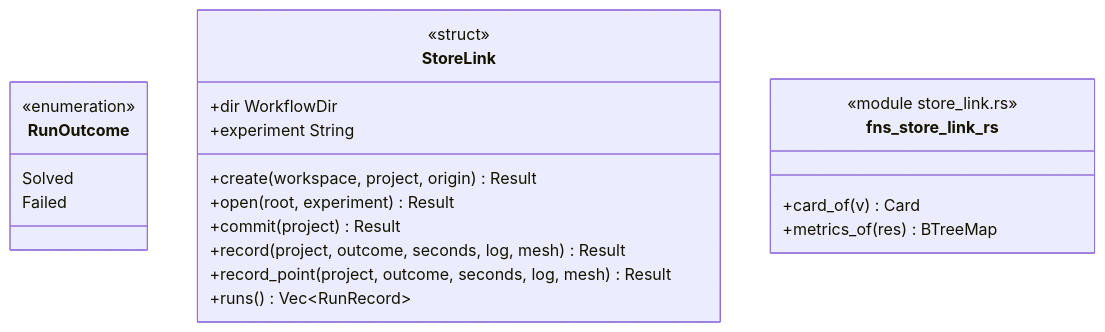
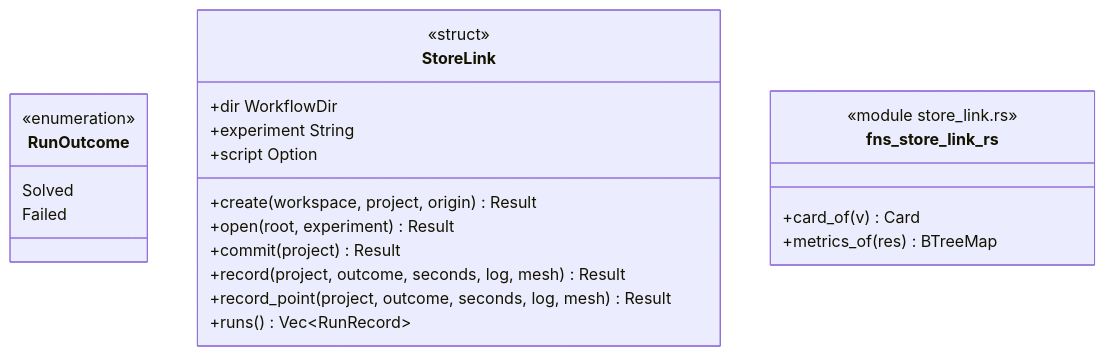
One commit to p-j-r/nyx changed the diagram in docs/architecture/c4/4-code/engine/storeLink.md. Above: the diagram before and after it, drawn with Mermaid. The commit also changed other lines of this file and 87 other files, not shown here.

````diff
--- a/docs/architecture/c4/4-code/engine/storeLink.md
+++ b/docs/architecture/c4/4-code/engine/storeLink.md
@@ -40,24 +40,25 @@
 ```mermaid
 classDiagram
   class RunOutcome {
       <<enumeration>>
       Solved
       Failed
   }
   class StoreLink {
       <<struct>>
       +dir WorkflowDir
       +experiment String
+      +script Option
       +create(workspace, project, origin) Result
       +open(root, experiment) Result
       +commit(project) Result
       +record(project, outcome, seconds, log, mesh) Result
       +record_point(project, outcome, seconds, log, mesh) Result
       +runs() Vec~RunRecord~
   }
   class fns_store_link_rs {
       <<module store_link.rs>>
       +card_of(v) Card
       +metrics_of(res) BTreeMap
   }
 ```
````
